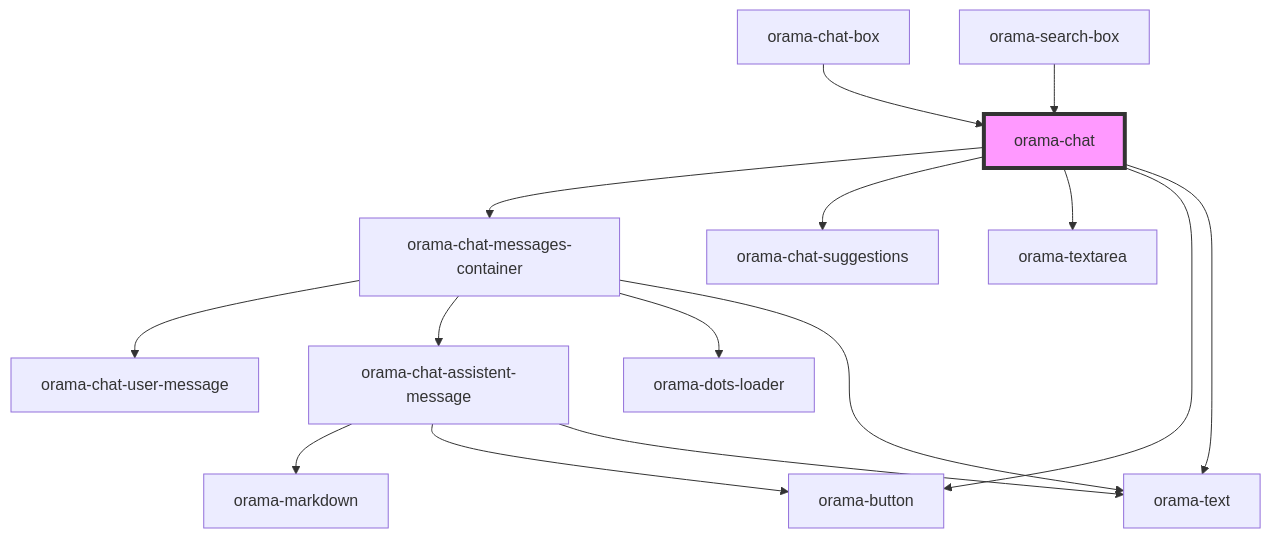
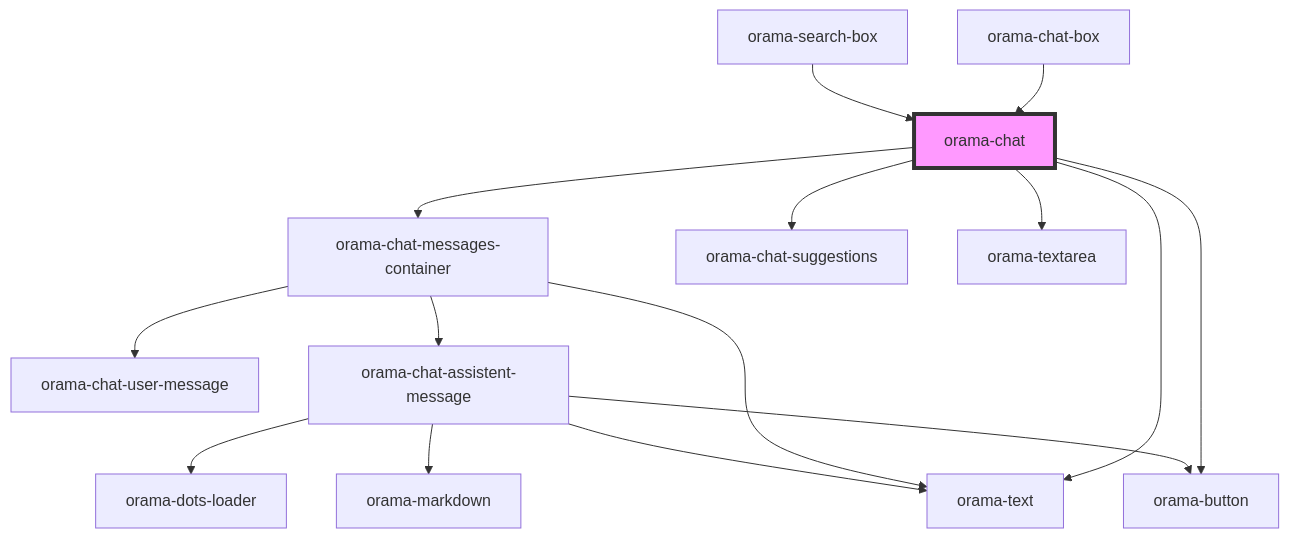
Before and after one commit to askorama/orama-ui-components: the diagram in packages/ui-stencil/src/components/internal/orama-chat/readme.md, drawn with Mermaid. The commit also changed 19 other files, not shown here.

````diff
--- a/packages/ui-stencil/src/components/internal/orama-chat/readme.md
+++ b/packages/ui-stencil/src/components/internal/orama-chat/readme.md
@@ -24,18 +24,18 @@
 ```mermaid
 graph TD;
   orama-chat --> orama-chat-messages-container
   orama-chat --> orama-chat-suggestions
   orama-chat --> orama-textarea
   orama-chat --> orama-button
   orama-chat --> orama-text
   orama-chat-messages-container --> orama-chat-user-message
   orama-chat-messages-container --> orama-chat-assistent-message
-  orama-chat-messages-container --> orama-dots-loader
   orama-chat-messages-container --> orama-text
+  orama-chat-assistent-message --> orama-dots-loader
+  orama-chat-assistent-message --> orama-text
   orama-chat-assistent-message --> orama-markdown
   orama-chat-assistent-message --> orama-button
-  orama-chat-assistent-message --> orama-text
   orama-chat-box --> orama-chat
   orama-search-box --> orama-chat
   style orama-chat fill:#f9f,stroke:#333,stroke-width:4px
 ```
````
